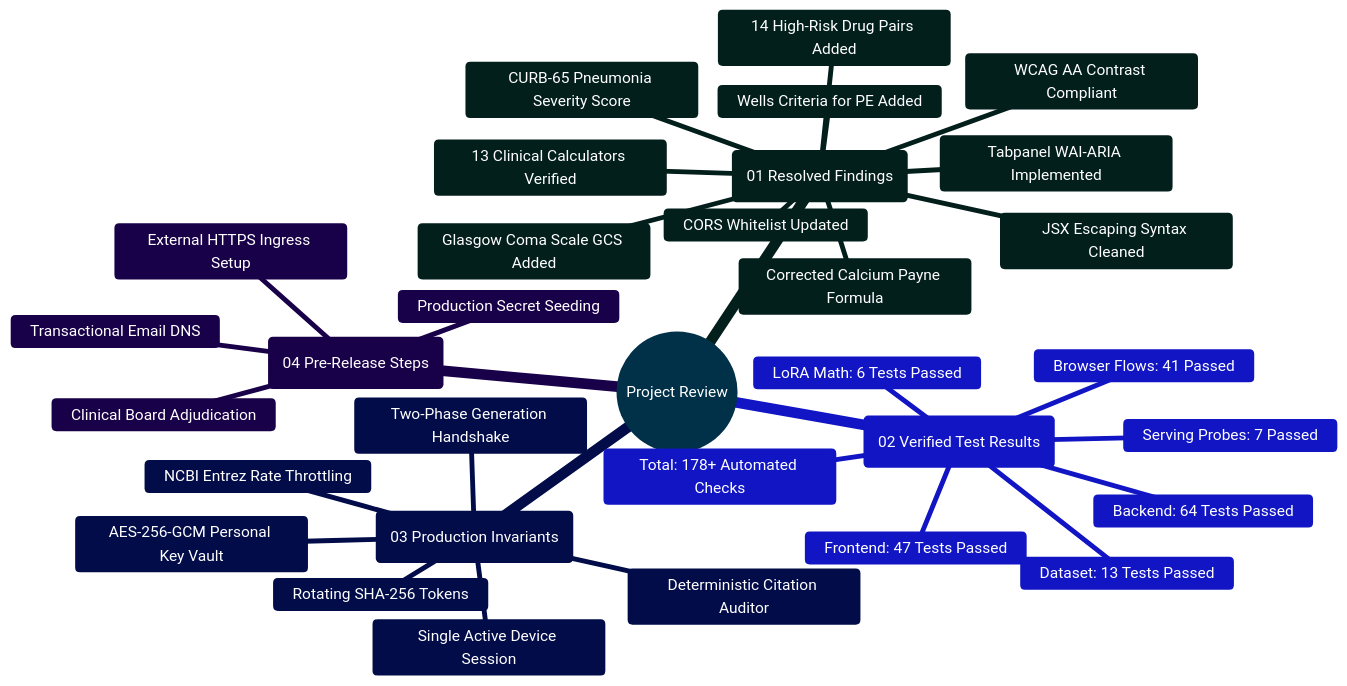
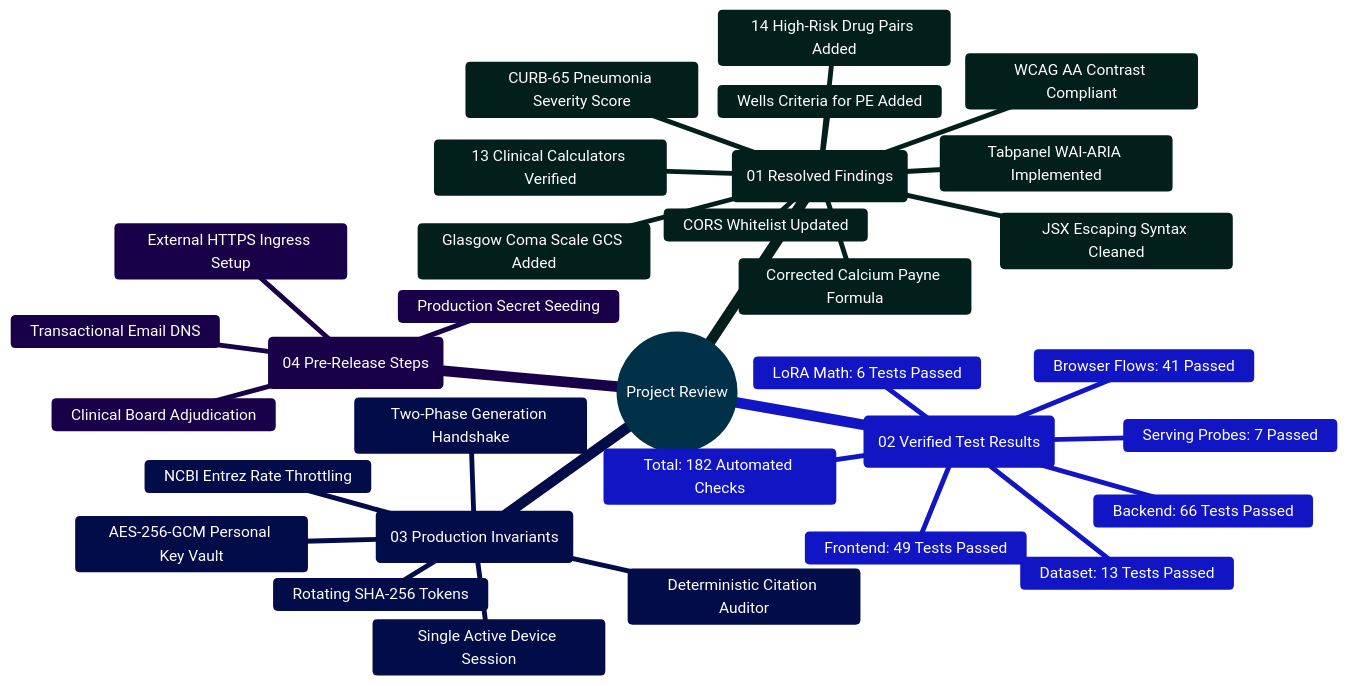
One commit to Ganesh172919/React-App-LLM changed the diagram in output/project-review/PROJECT_ANALYSIS.md. Above: the diagram before and after it, drawn with Mermaid. The commit also changed other lines of this file, not shown here.

Commit message:
docs: synchronize project review analysis with 182 passed test checks and developer extensibility

````diff
--- a/output/project-review/PROJECT_ANALYSIS.md
+++ b/output/project-review/PROJECT_ANALYSIS.md
@@ -66,37 +66,37 @@
 ```mermaid
 %%{init: {'theme': 'base', 'themeVariables': { 'primaryColor': '#0284c7', 'primaryTextColor': '#ffffff', 'primaryBorderColor': '#0369a1', 'lineColor': '#0284c7', 'secondaryColor': '#0d9488', 'tertiaryColor': '#6366f1' }}}%%
 mindmap
   root((Project Review))
     ::icon(fa fa-check-double)
     (01 Resolved Findings)
       JSX Escaping Syntax Cleaned
       CORS Whitelist Updated
       14 High-Risk Drug Pairs Added
       13 Clinical Calculators Verified
       Corrected Calcium Payne Formula
       Wells Criteria for PE Added
       CURB-65 Pneumonia Severity Score
       Glasgow Coma Scale GCS Added
       Tabpanel WAI-ARIA Implemented
       WCAG AA Contrast Compliant
     (02 Verified Test Results)
-      Backend: 64 Tests Passed
-      Frontend: 47 Tests Passed
+      Backend: 66 Tests Passed
+      Frontend: 49 Tests Passed
       Dataset: 13 Tests Passed
       LoRA Math: 6 Tests Passed
       Serving Probes: 7 Passed
       Browser Flows: 41 Passed
-      Total: 178+ Automated Checks
+      Total: 182 Automated Checks
     (03 Production Invariants)
       Single Active Device Session
       Rotating SHA-256 Tokens
       AES-256-GCM Personal Key Vault
       Two-Phase Generation Handshake
       Deterministic Citation Auditor
       NCBI Entrez Rate Throttling
     (04 Pre-Release Steps)
       External HTTPS Ingress Setup
       Production Secret Seeding
       Transactional Email DNS
       Clinical Board Adjudication
 ```
````
